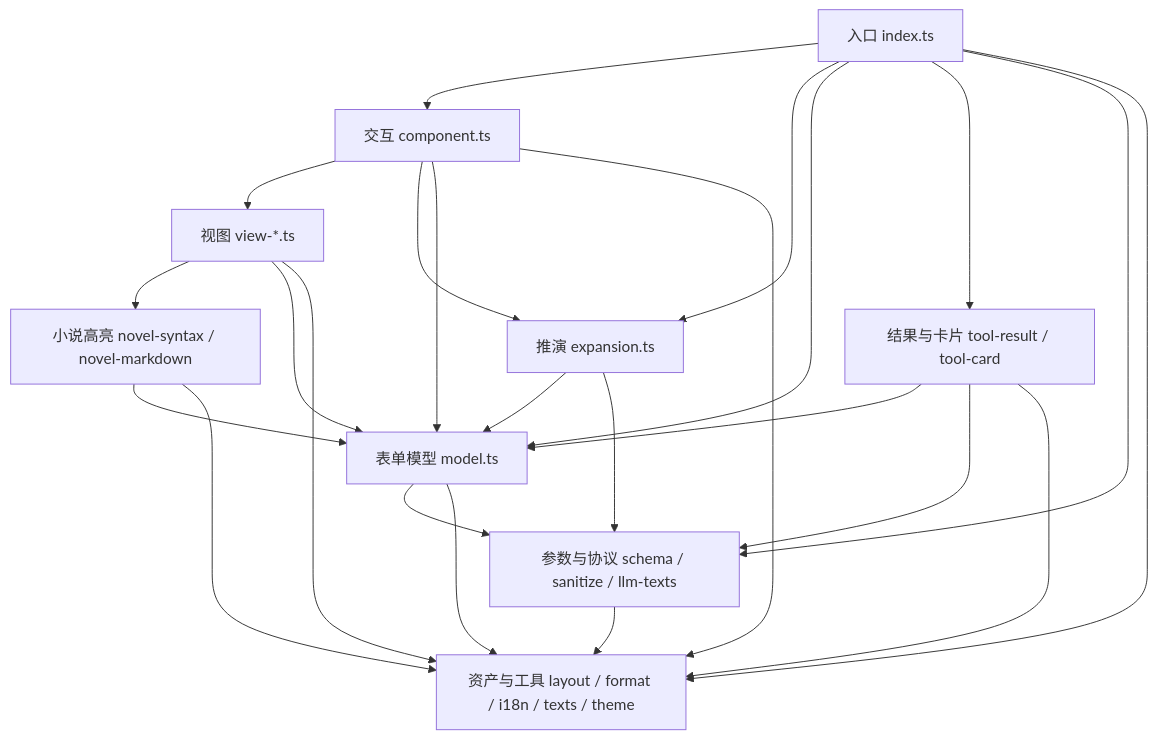
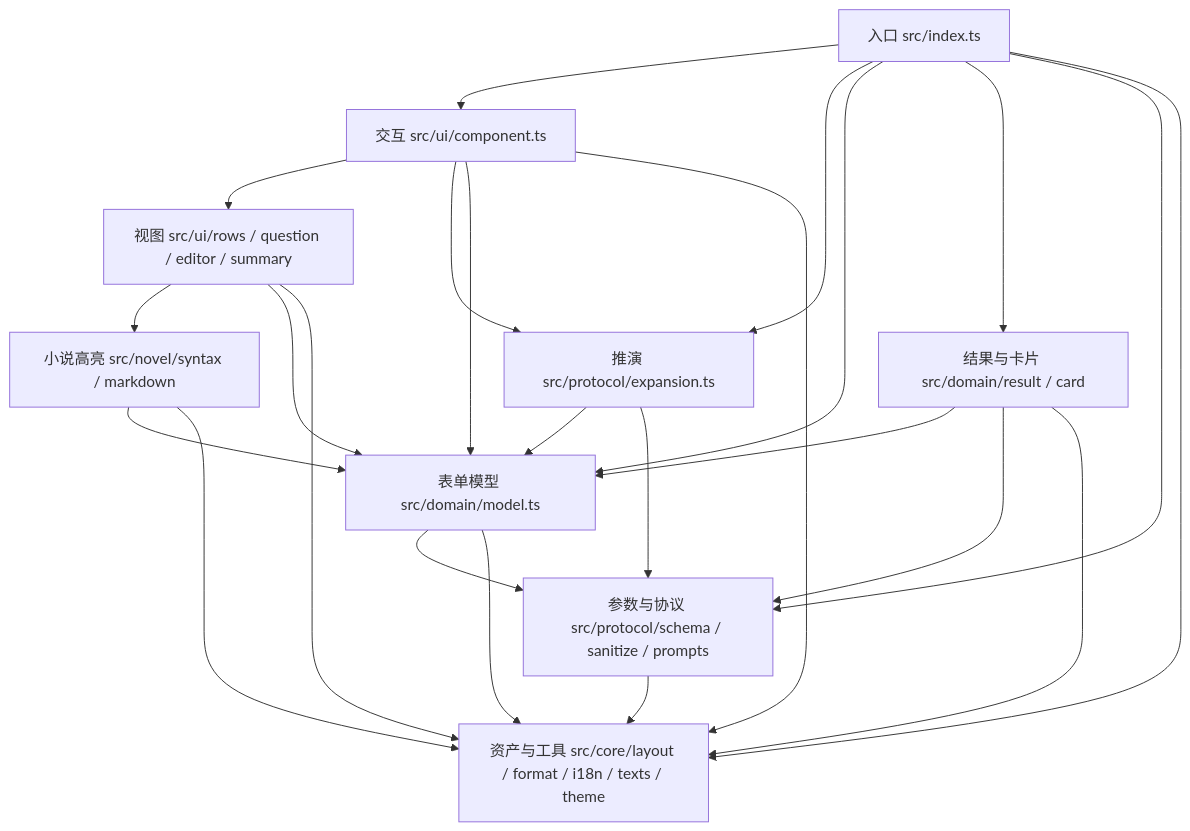
Before and after one commit to sendevia/pi-ask-author: the diagram in architecture.md, drawn with Mermaid. The commit also changed other lines of this file and 30 other files, not shown here.

````diff
--- a/architecture.md
+++ b/architecture.md
@@ -25,36 +28,36 @@
 ```mermaid
 graph TD
-  entry["入口 index.ts"]
-  interaction["交互 component.ts"]
-  views["视图 view-*.ts"]
-  novel["小说高亮 novel-syntax / novel-markdown"]
-  expansion["推演 expansion.ts"]
-  model["表单模型 model.ts"]
-  results["结果与卡片 tool-result / tool-card"]
-  contract["参数与协议 schema / sanitize / llm-texts"]
-  assets["资产与工具 layout / format / i18n / texts / theme"]
+  entry["入口 src/index.ts"]
+  interaction["交互 src/ui/component.ts"]
+  views["视图 src/ui/rows / question / editor / summary"]
+  novel["小说高亮 src/novel/syntax / markdown"]
+  expansion["推演 src/protocol/expansion.ts"]
+  model["表单模型 src/domain/model.ts"]
+  results["结果与卡片 src/domain/result / card"]
+  contract["参数与协议 src/protocol/schema / sanitize / prompts"]
+  assets["资产与工具 src/core/layout / format / i18n / texts / theme"]
 
   entry --> interaction
   entry --> expansion
   entry --> model
   entry --> results
   entry --> contract
   entry --> assets
   interaction --> views
   interaction --> expansion
   interaction --> model
   views --> novel
   views --> model
   novel --> model
   expansion --> model
   expansion --> contract
   results --> model
   results --> contract
   model --> contract
   contract --> assets
   model --> assets
   views --> assets
   novel --> assets
   results --> assets
   interaction --> assets
 ```
````
